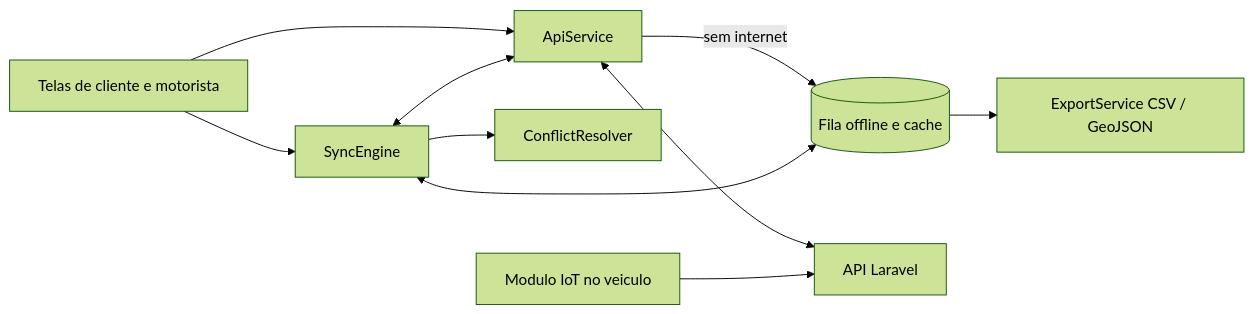
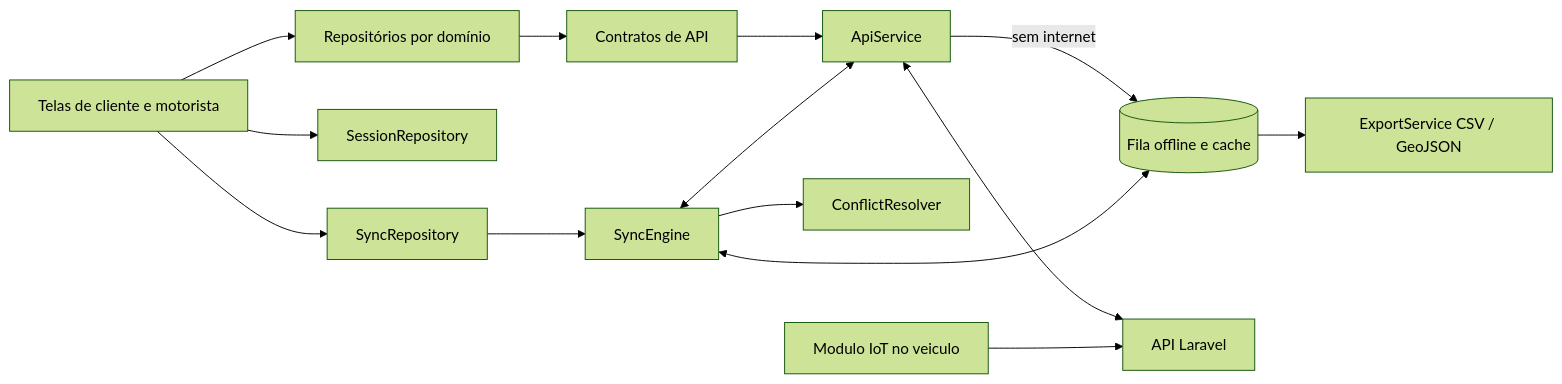
One commit to MuriloBreda/GeoSync changed the diagram in App/geo_sync_mobile/README.md. Above: the diagram before and after it, drawn with Mermaid (forest theme). The commit also changed other lines of this file and 62 other files, not shown here.

````diff
--- a/App/geo_sync_mobile/README.md
+++ b/App/geo_sync_mobile/README.md
@@ -120,12 +122,16 @@
 ```mermaid
 flowchart LR
-    UI[Telas de cliente e motorista] --> API[ApiService]
-    UI --> SYNC[SyncEngine]
+    UI[Telas de cliente e motorista] --> REPO[Repositórios por domínio]
+    REPO --> CONTRACTS[Contratos de API]
+    CONTRACTS --> API[ApiService]
+    UI --> SESSION[SessionRepository]
+    UI --> SYNC_REPO[SyncRepository]
+    SYNC_REPO --> SYNC[SyncEngine]
     API -- sem internet --> STORE[(Fila offline e cache)]
     SYNC <--> STORE
     SYNC --> CR[ConflictResolver]
     SYNC <--> API
     API <--> BE[API Laravel]
     IOT[Modulo IoT no veiculo] --> BE
     STORE --> EXP[ExportService CSV / GeoJSON]
 ```
````
